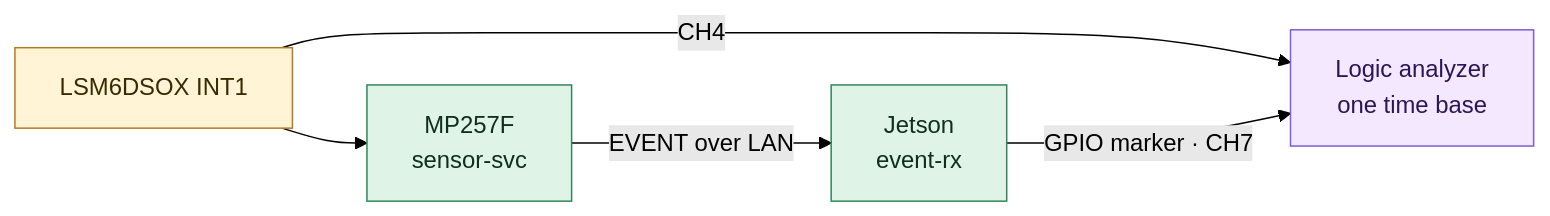
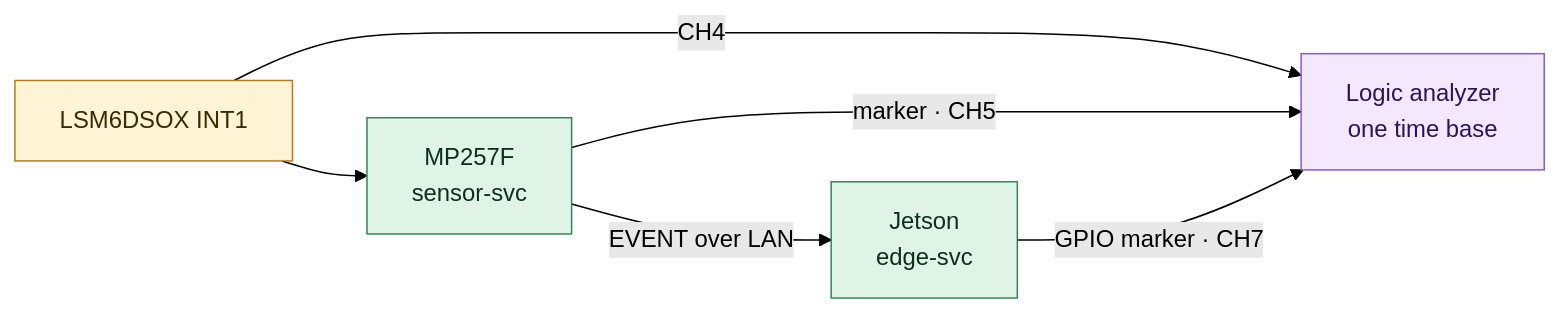
The diagram in projects/stm32mp257f-dk_jetson-nano/docs/test-plan.md (KaithanNguyen/embedded-linux-roadmap), drawn with Mermaid (forest theme) before and after one commit. The commit also changed other lines of this file and 28 other files, not shown here.

````diff
--- a/projects/stm32mp257f-dk_jetson-nano/docs/test-plan.md
+++ b/projects/stm32mp257f-dk_jetson-nano/docs/test-plan.md
@@ -40,11 +53,12 @@
 ```mermaid
 flowchart LR
   IMU["LSM6DSOX INT1"]:::hw -->|"CH4"| LA["Logic analyzer<br/>one time base"]:::tool
   IMU --> MP2["MP257F<br/>sensor-svc"]:::svc
-  MP2 -->|"EVENT over LAN"| JN["Jetson<br/>event-rx"]:::svc
+  MP2 -->|"marker · CH5"| LA
+  MP2 -->|"EVENT over LAN"| JN["Jetson<br/>edge-svc"]:::svc
   JN -->|"GPIO marker · CH7"| LA
 
   classDef hw fill:#fff4d6,stroke:#b7791f,color:#3b2a00
   classDef svc fill:#dff3e6,stroke:#2f855a,color:#0f2e1c
   classDef tool fill:#f3e8ff,stroke:#805ad5,color:#2a1655
 ```
````
